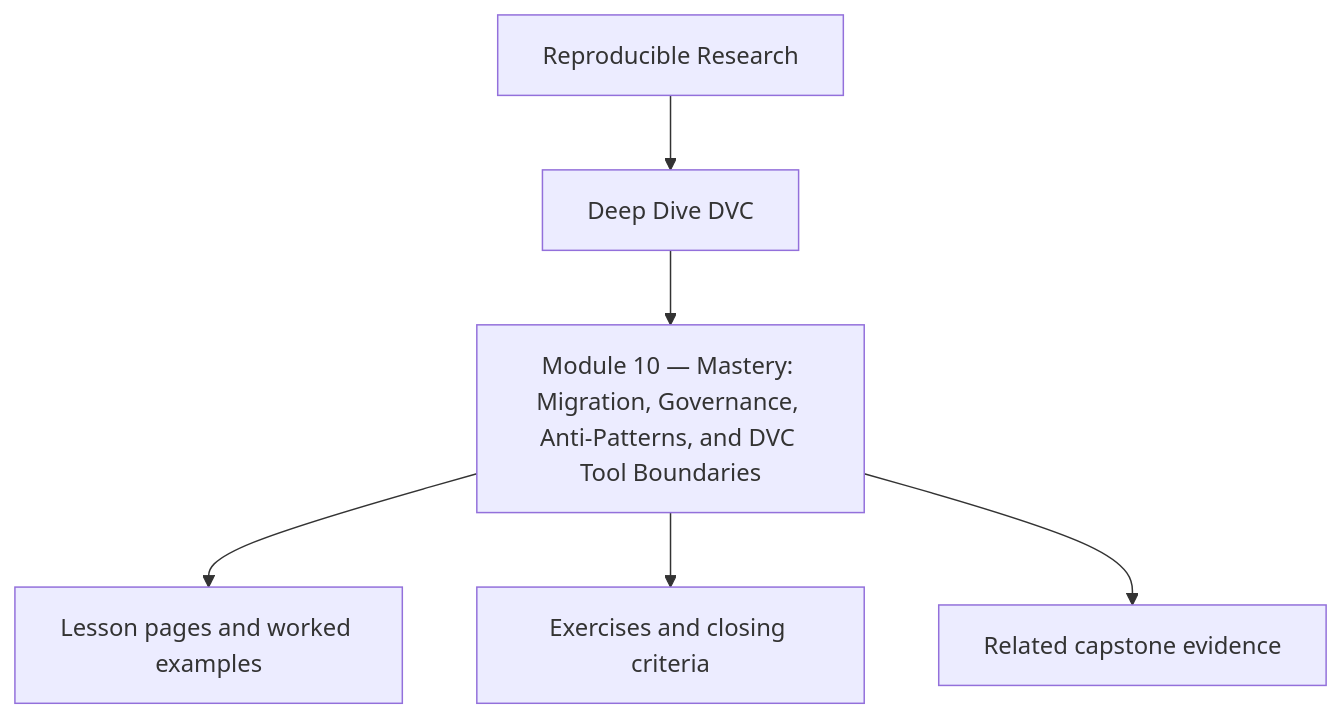
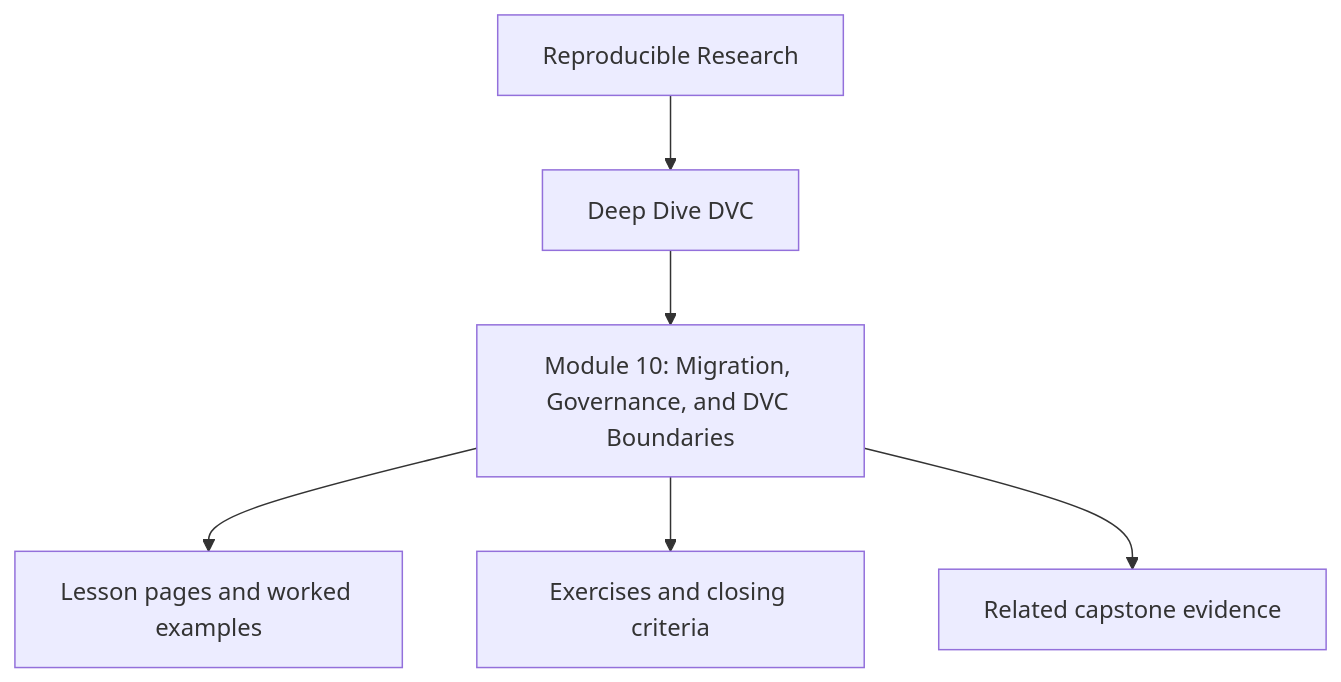
The first of 2 diagrams in programs/reproducible-research/deep-dive-dvc/course-book/module-10-migration-governance-anti-patterns-and-dvc-tool-boundaries/index.md (bijux/bijux-masterclass), drawn with Mermaid before and after one commit. The commit also changed other lines of this file and 241 other files, not shown here.

````diff
--- a/programs/reproducible-research/deep-dive-dvc/course-book/module-10-migration-governance-anti-patterns-and-dvc-tool-boundaries/index.md
+++ b/programs/reproducible-research/deep-dive-dvc/course-book/module-10-migration-governance-anti-patterns-and-dvc-tool-boundaries/index.md
@@ -9,8 +9,8 @@
 ```mermaid
 flowchart TD
   family["Reproducible Research"] --> program["Deep Dive DVC"]
-  program --> module["Module 10 — Mastery: Migration, Governance, Anti-Patterns, and DVC Tool Boundaries"]
+  program --> module["Module 10: Migration, Governance, and DVC Boundaries"]
   module --> lessons["Lesson pages and worked examples"]
   module --> checkpoints["Exercises and closing criteria"]
   module --> capstone["Related capstone evidence"]
 ```
````
